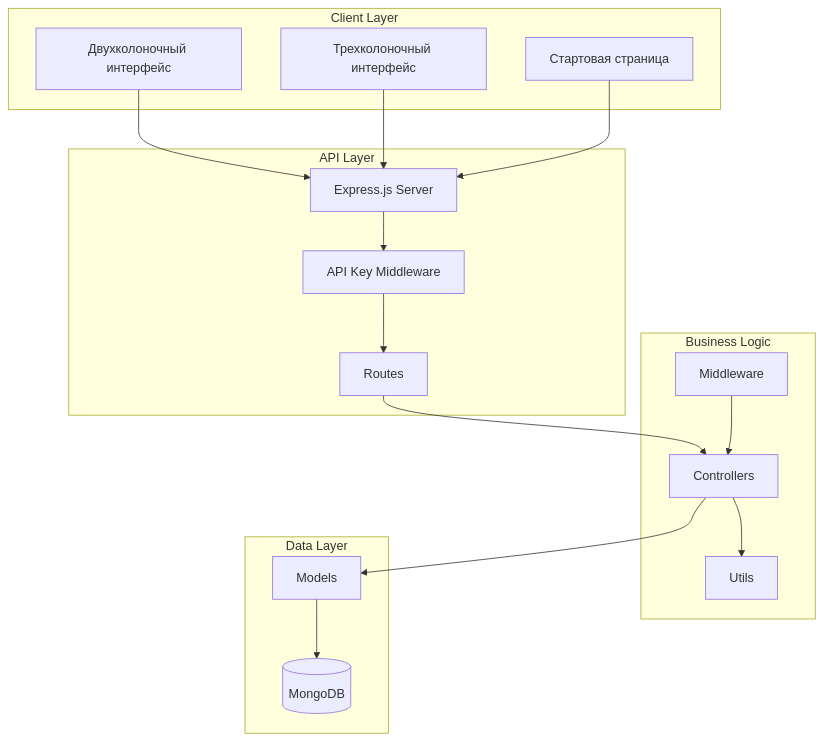
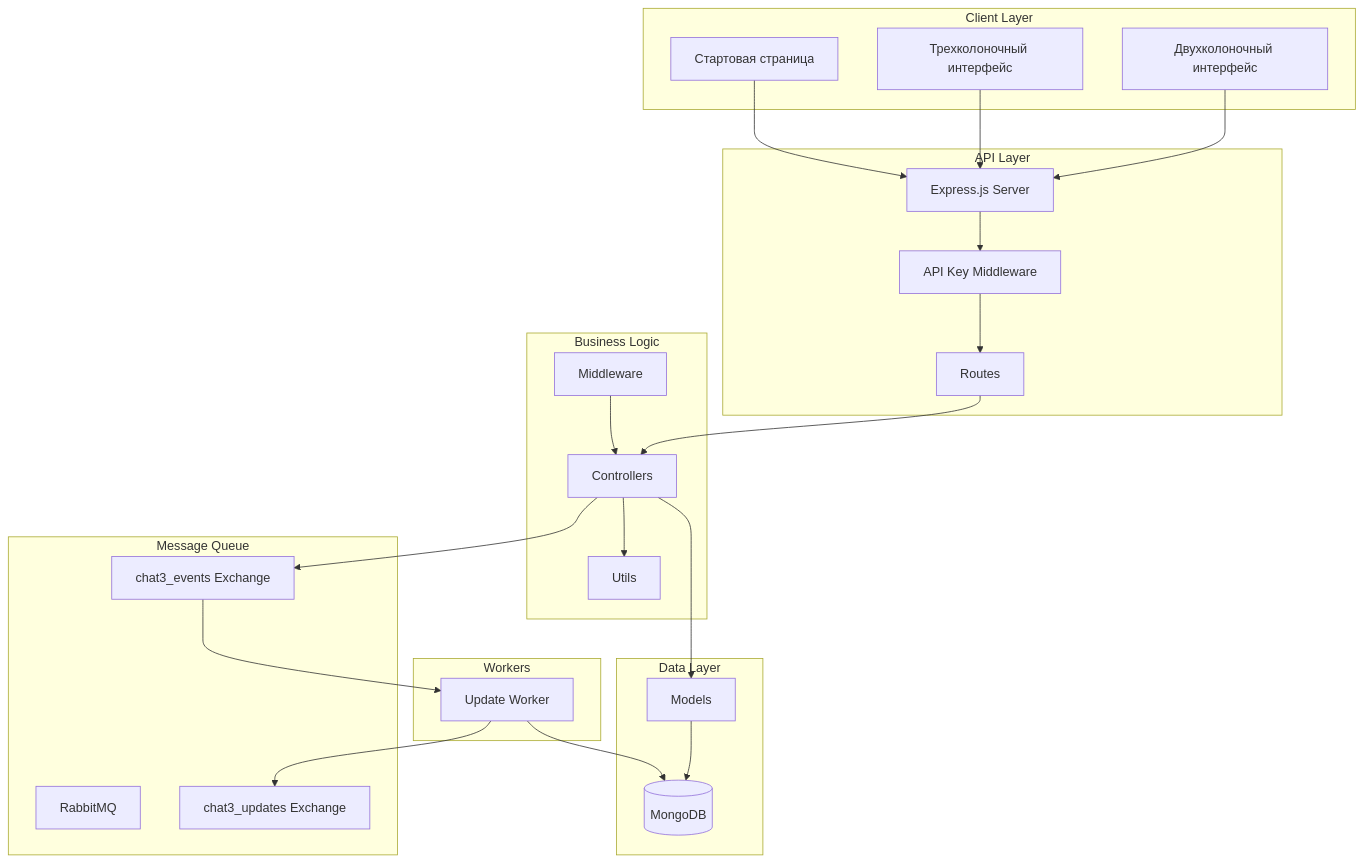
One commit to antirek/chat3 changed the first of 4 diagrams in ARCHITECTURE.md. Above: the diagram before and after it, drawn with Mermaid. The commit also changed other lines of this file and 5 other files, not shown here.

````diff
--- a/ARCHITECTURE.md
+++ b/ARCHITECTURE.md
@@ -9,38 +9,53 @@
 ```mermaid
 graph TB
     subgraph "Client Layer"
         UI1[Двухколоночный интерфейс]
         UI2[Трехколоночный интерфейс]
         UI3[Стартовая страница]
     end
     
     subgraph "API Layer"
         API[Express.js Server]
         AUTH[API Key Middleware]
         ROUTES[Routes]
     end
     
     subgraph "Business Logic"
         CTRL[Controllers]
         UTILS[Utils]
         MW[Middleware]
     end
     
     subgraph "Data Layer"
         MONGO[(MongoDB)]
         MODELS[Models]
     end
     
+    subgraph "Message Queue"
+        RABBIT[RabbitMQ]
+        EXCHANGE_EVENTS[chat3_events Exchange]
+        EXCHANGE_UPDATES[chat3_updates Exchange]
+    end
+    
+    subgraph "Workers"
+        UPDATE_WORKER[Update Worker]
+    end
+    
     UI1 --> API
     UI2 --> API
     UI3 --> API
     
     API --> AUTH
     AUTH --> ROUTES
     ROUTES --> CTRL
     CTRL --> UTILS
     CTRL --> MODELS
     MODELS --> MONGO
     
     MW --> CTRL
+    
+    CTRL --> EXCHANGE_EVENTS
+    EXCHANGE_EVENTS --> UPDATE_WORKER
+    UPDATE_WORKER --> MONGO
+    UPDATE_WORKER --> EXCHANGE_UPDATES
 ```
````
